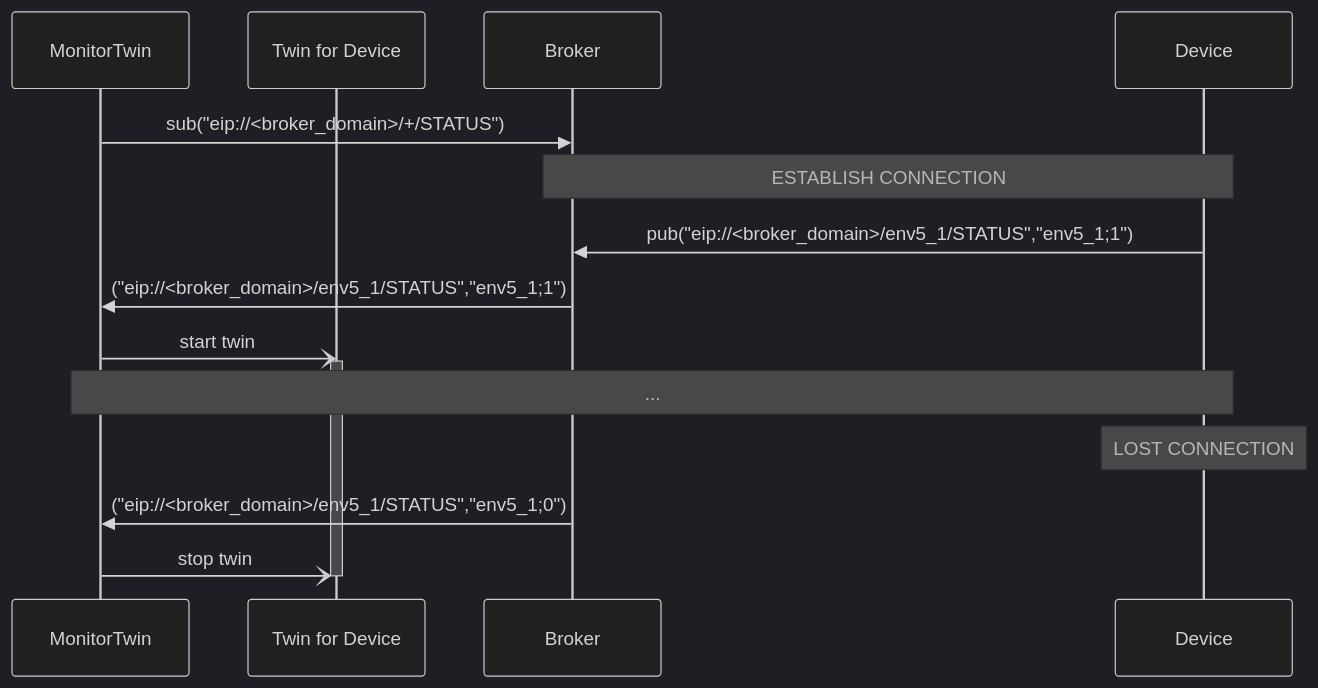
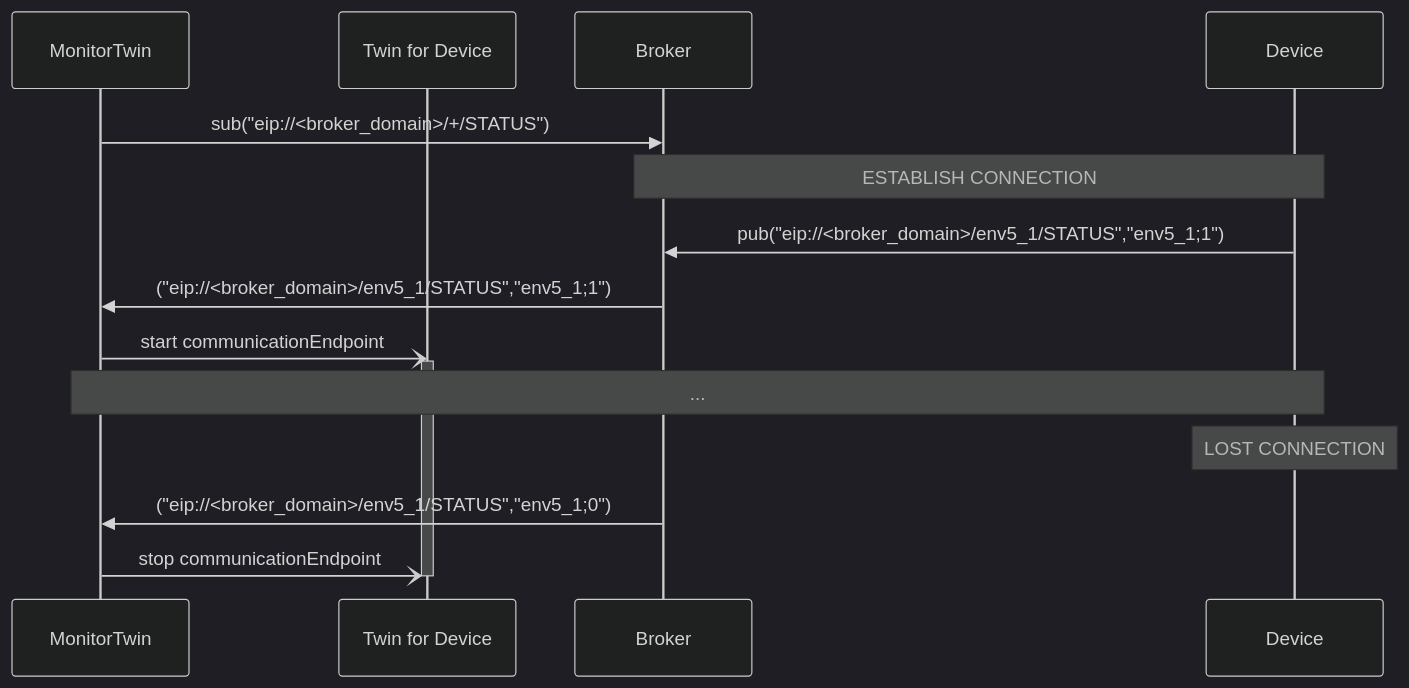
The first of 5 diagrams in documentation/EIP_PROTOCOL.md (es-ude/elastic-ai.runtime.cloud), drawn with Mermaid (dark theme) before and after one commit. The commit also changed 61 other files, not shown here.

Commit message:
chore(renaming): twin -> CommunicationEndpoint

````diff
--- a/documentation/EIP_PROTOCOL.md
+++ b/documentation/EIP_PROTOCOL.md
@@ -53,19 +53,19 @@
 ```mermaid
 sequenceDiagram
   participant m as MonitorTwin
   participant t as Twin for Device
   participant b as Broker
   participant d as Device
 
   m ->> b: sub("eip://<broker_domain>/+/STATUS")
   Note over b,d: ESTABLISH CONNECTION
   d ->> b: pub("eip://<broker_domain>/env5_1/STATUS","env5_1#59;1")
   b ->> m: ("eip://<broker_domain>/env5_1/STATUS","env5_1#59;1")
-  m -) t: start twin
+  m -) t: start communicationEndpoint
   activate t
   Note over m,d: ...
   Note over d: LOST CONNECTION
   b ->> m: ("eip://<broker_domain>/env5_1/STATUS","env5_1#59;0")
-  m -) t: stop twin
+  m -) t: stop communicationEndpoint
   deactivate t
 ```
````
